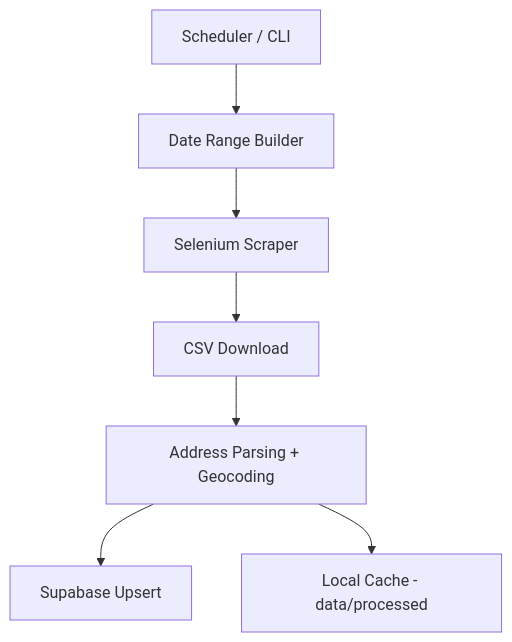
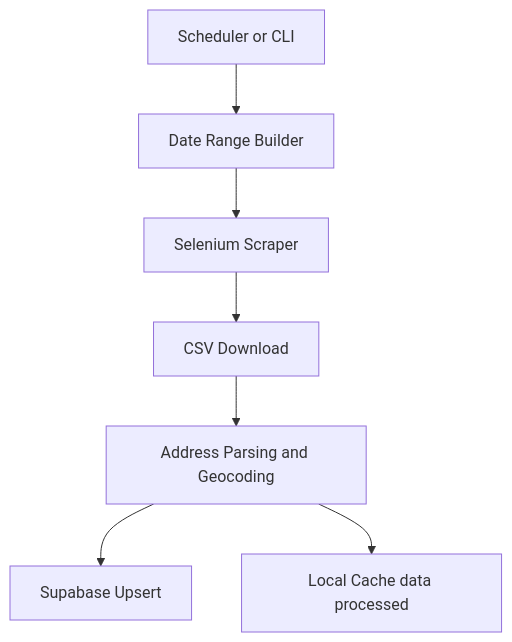
The diagram in docs/architecture.md (markbruner/hamilton-county-homes-scraper-main), drawn with Mermaid before and after one commit.

Commit message:
Trying again to fix architecture rendering issue

````diff
--- a/docs/architecture.md
+++ b/docs/architecture.md
@@ -3,9 +3,9 @@
 ```mermaid
 flowchart TD
-  A[Scheduler / CLI] --> B[Date Range Builder]
+  A[Scheduler or CLI] --> B[Date Range Builder]
   B --> C[Selenium Scraper]
   C --> D[CSV Download]
-  D --> E[Address Parsing + Geocoding]
+  D --> E[Address Parsing and Geocoding]
   E --> F[Supabase Upsert]
-  E --> G[Local Cache - data/processed]
+  E --> G[Local Cache data processed]
 ```
````
